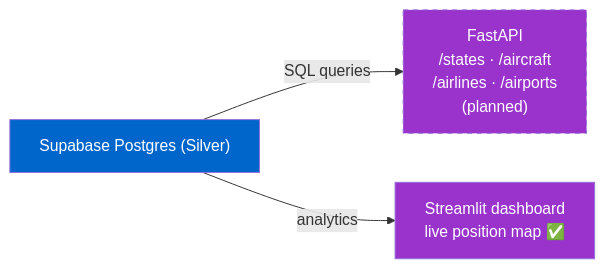
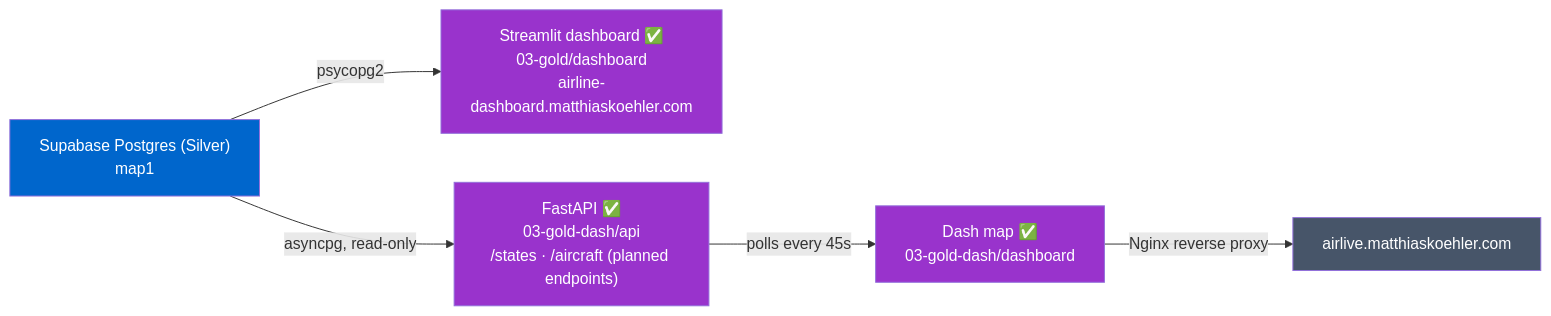
One commit to MatthiasSails/airline-data-platform changed the third of 5 diagrams in docs/architecture/README.md. Above: the diagram before and after it, drawn with Mermaid. The commit also changed other lines of this file, not shown here.

First line of the commit message:
docs(architecture): document the second Gold-layer stack (#16)

````diff
--- a/docs/architecture/README.md
+++ b/docs/architecture/README.md
@@ -87,10 +90,14 @@
 ```mermaid
 graph LR
-    PG["Supabase Postgres (Silver)"]
-    PG -->|SQL queries| API["FastAPI<br/>/states · /aircraft<br/>/airlines · /airports<br/>(planned)"]
-    PG -->|analytics| DASH["Streamlit dashboard<br/>live position map ✅"]
+    PG["Supabase Postgres (Silver)<br/>map1"]
+    PG -->|psycopg2| ST["Streamlit dashboard ✅<br/>03-gold/dashboard<br/>airline-dashboard.matthiaskoehler.com"]
+    PG -->|asyncpg, read-only| API["FastAPI ✅<br/>03-gold-dash/api<br/>/states · /aircraft (planned endpoints)"]
+    API -->|polls every 45s| DASH["Dash map ✅<br/>03-gold-dash/dashboard"]
+    DASH -->|Nginx reverse proxy| TUN["airlive.matthiaskoehler.com"]
 
     style PG fill:#0066CC,color:#fff
-    style API fill:#9933CC,color:#fff,stroke-dasharray:5 5
+    style ST fill:#9933CC,color:#fff
+    style API fill:#9933CC,color:#fff
     style DASH fill:#9933CC,color:#fff
+    style TUN fill:#475569,color:#fff
 ```
````
